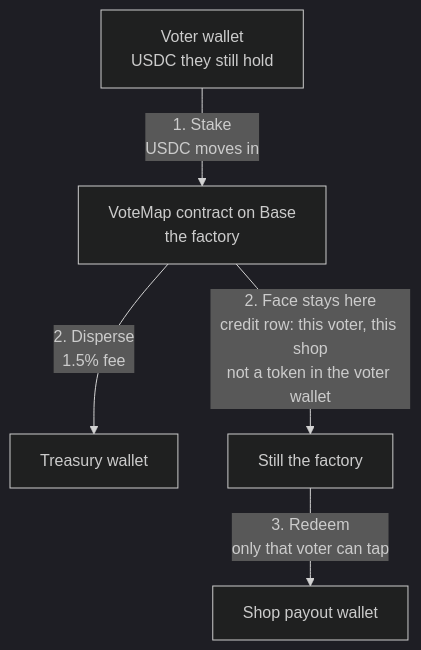
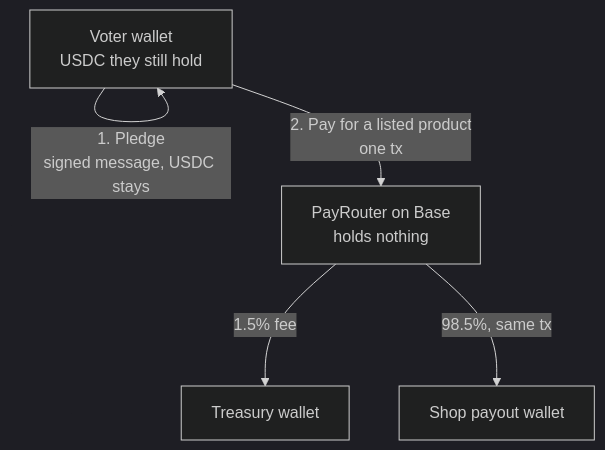
The third of 3 diagrams in spec/flows.md (isaacy13/votemap.net), drawn with Mermaid (dark theme) before and after one commit. The commit also changed other lines of this file and 15 other files, not shown here.

````diff
--- a/spec/flows.md
+++ b/spec/flows.md
@@ -195,12 +178,12 @@
 ```mermaid
 flowchart TB
   VW["Voter wallet<br/>USDC they still hold"]
-  F["VoteMap contract on Base<br/>the factory"]
+  R["PayRouter on Base<br/>holds nothing"]
   TR["Treasury wallet"]
   SH["Shop payout wallet"]
 
-  VW -->|"1. Stake<br/>USDC moves in"| F
-  F -->|"2. Disperse<br/>1.5% fee"| TR
-  F -->|"2. Face stays here<br/>credit row: this voter, this shop<br/>not a token in the voter wallet"| F2["Still the factory"]
-  F2 -->|"3. Redeem<br/>only that voter can tap"| SH
+  VW -->|"1. Pledge<br/>signed message, USDC stays"| VW
+  VW -->|"2. Pay for a listed product<br/>one tx"| R
+  R -->|"1.5% fee"| TR
+  R -->|"98.5%, same tx"| SH
 ```
````
